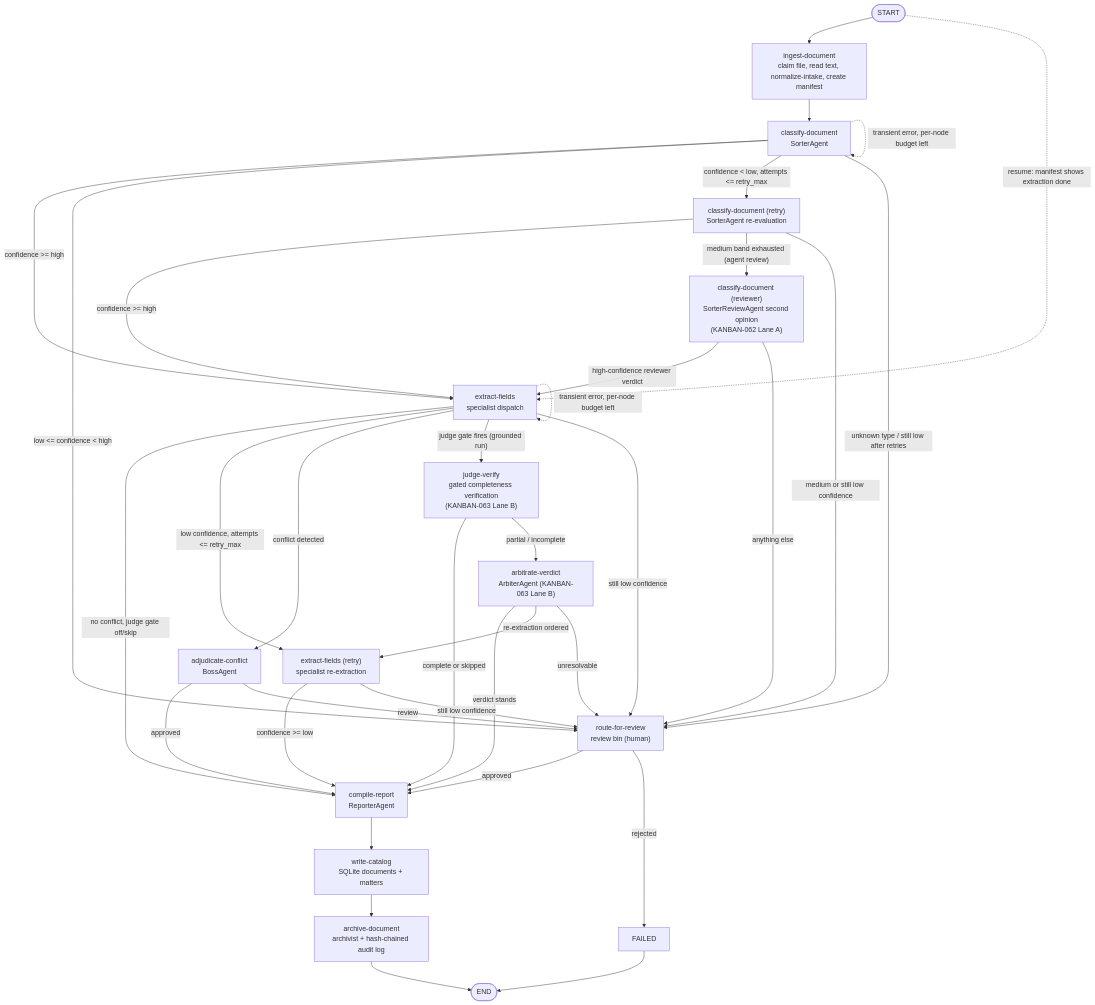
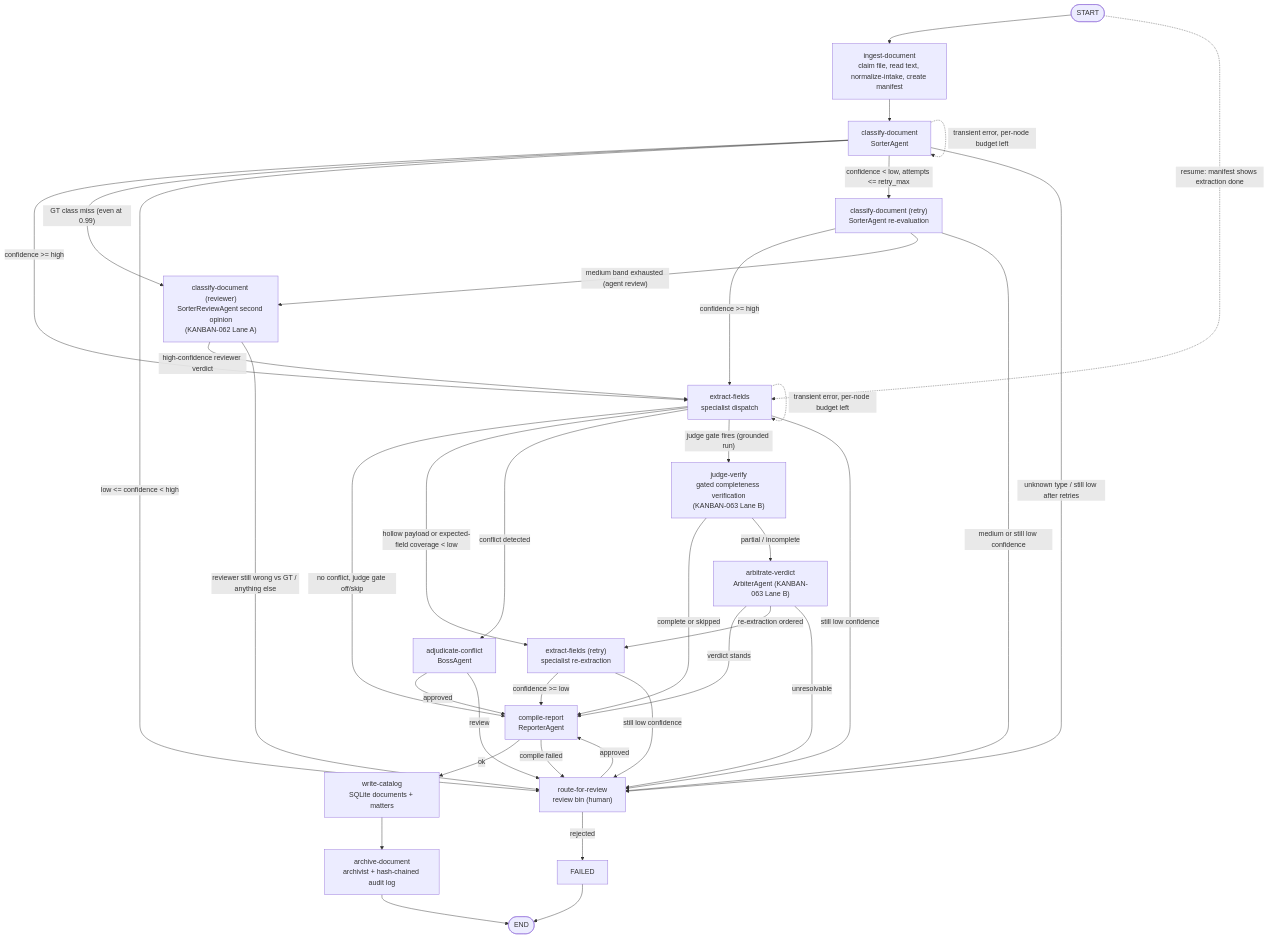
One commit to Exios66/llm-mailroom changed the first of 2 diagrams in docs/architecture.md. Above: the diagram before and after it, drawn with Mermaid. The commit also changed 14 other files, not shown here.

First line of the commit message:
Park objective misses for review before catalog write (#36)

````diff
--- a/docs/architecture.md
+++ b/docs/architecture.md
@@ -11,55 +11,57 @@
 ```mermaid
 flowchart TD
     START([START]) --> INGEST
     START -. "resume: manifest shows extraction done" .-> EXTRACT
 
     INGEST["ingest-document<br/>claim file, read text, normalize-intake, create manifest"]
     CLASSIFY["classify-document<br/>SorterAgent"]
     RETRY_CLASS["classify-document (retry)<br/>SorterAgent re-evaluation"]
     REVIEW_CLASS["classify-document (reviewer)<br/>SorterReviewAgent second opinion<br/>(KANBAN-062 Lane A)"]
     EXTRACT["extract-fields<br/>specialist dispatch"]
     RETRY_EXTRACT["extract-fields (retry)<br/>specialist re-extraction"]
     JUDGE["judge-verify<br/>gated completeness verification<br/>(KANBAN-063 Lane B)"]
     ARBITER["arbitrate-verdict<br/>ArbiterAgent (KANBAN-063 Lane B)"]
     BOSS["adjudicate-conflict<br/>BossAgent"]
     REVIEW["route-for-review<br/>review bin (human)"]
     REPORT["compile-report<br/>ReporterAgent"]
     CATALOG["write-catalog<br/>SQLite documents + matters"]
     ARCHIVE["archive-document<br/>archivist + hash-chained audit log"]
     FAILED["FAILED"]
     ENDX([END])
 
     INGEST --> CLASSIFY
 
     CLASSIFY -- "confidence >= high" --> EXTRACT
+    CLASSIFY -- "GT class miss (even at 0.99)" --> REVIEW_CLASS
     CLASSIFY -- "low <= confidence < high" --> REVIEW
     CLASSIFY -- "confidence < low, attempts <= retry_max" --> RETRY_CLASS
     CLASSIFY -- "unknown type / still low after retries" --> REVIEW
     CLASSIFY -. "transient error, per-node budget left" .-> CLASSIFY
     RETRY_CLASS -- "confidence >= high" --> EXTRACT
     RETRY_CLASS -- "medium band exhausted (agent review)" --> REVIEW_CLASS
     RETRY_CLASS -- "medium or still low confidence" --> REVIEW
     REVIEW_CLASS -- "high-confidence reviewer verdict" --> EXTRACT
-    REVIEW_CLASS -- "anything else" --> REVIEW
+    REVIEW_CLASS -- "reviewer still wrong vs GT / anything else" --> REVIEW
 
     EXTRACT -- "no conflict, judge gate off/skip" --> REPORT
-    EXTRACT -- "low confidence, attempts <= retry_max" --> RETRY_EXTRACT
+    EXTRACT -- "hollow payload or expected-field coverage < low" --> RETRY_EXTRACT
     EXTRACT -- "conflict detected" --> BOSS
     EXTRACT -- "judge gate fires (grounded run)" --> JUDGE
     EXTRACT -- "still low confidence" --> REVIEW
     EXTRACT -. "transient error, per-node budget left" .-> EXTRACT
     RETRY_EXTRACT -- "confidence >= low" --> REPORT
     RETRY_EXTRACT -- "still low confidence" --> REVIEW
 
     JUDGE -- "complete or skipped" --> REPORT
     JUDGE -- "partial / incomplete" --> ARBITER
     ARBITER -- "verdict stands" --> REPORT
     ARBITER -- "re-extraction ordered" --> RETRY_EXTRACT
     ARBITER -- "unresolvable" --> REVIEW
     BOSS -- "approved" --> REPORT
     BOSS -- "review" --> REVIEW
     REVIEW -- "approved" --> REPORT
     REVIEW -- "rejected" --> FAILED --> ENDX
 
-    REPORT --> CATALOG --> ARCHIVE --> ENDX
+    REPORT -- "ok" --> CATALOG --> ARCHIVE --> ENDX
+    REPORT -- "compile failed" --> REVIEW
 ```
````
